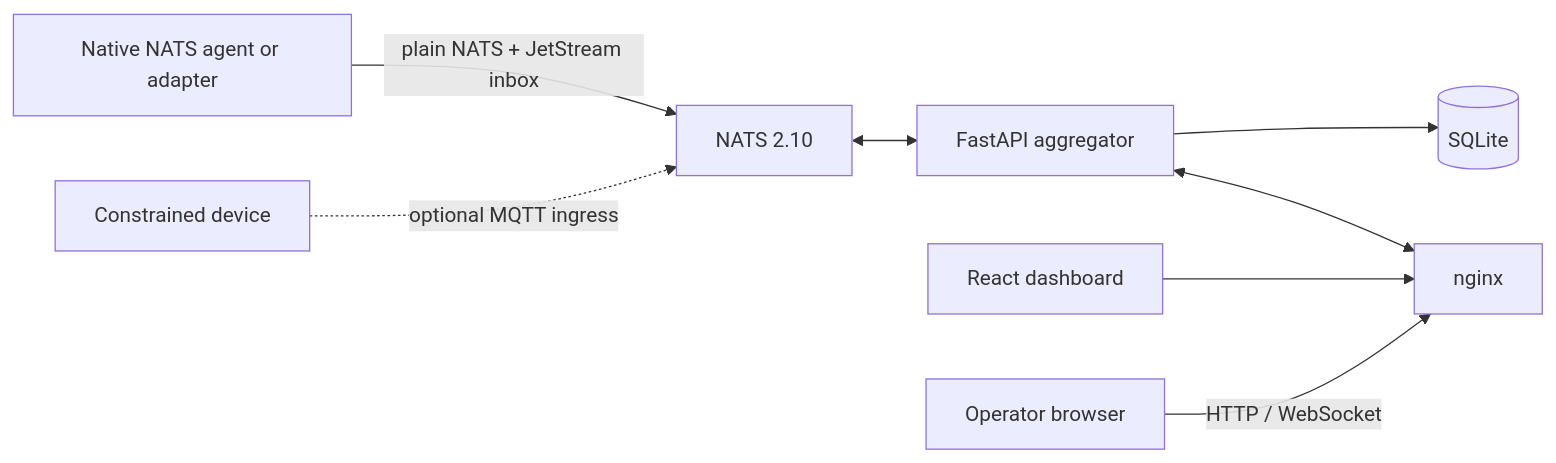
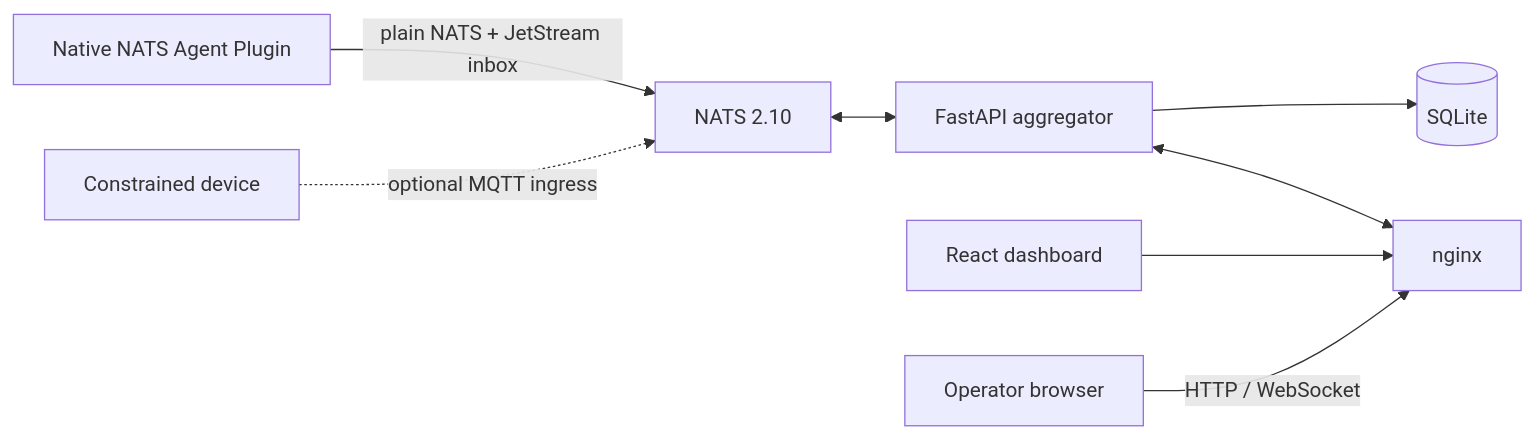
One commit to EdgeCitadelTeam/EdgeCitadel changed the diagram in README.md. Above: the diagram before and after it, drawn with Mermaid. The commit also changed other lines of this file and 410 other files, not shown here.

````diff
--- a/README.md
+++ b/README.md
@@ -56,10 +109,10 @@
 ```mermaid
 flowchart LR
-    Agent[Native NATS agent or adapter] -->|plain NATS + JetStream inbox| NATS[NATS 2.10]
+    Agent[Native NATS Agent Plugin] -->|plain NATS + JetStream inbox| NATS[NATS 2.10]
     IoT[Constrained device] -.->|optional MQTT ingress| NATS
     NATS <--> Aggregator[FastAPI aggregator]
     Aggregator --> DB[(SQLite)]
     Aggregator <--> Nginx[nginx]
     Dashboard[React dashboard] --> Nginx
     Browser[Operator browser] -->|HTTP / WebSocket| Nginx
 ```
````
